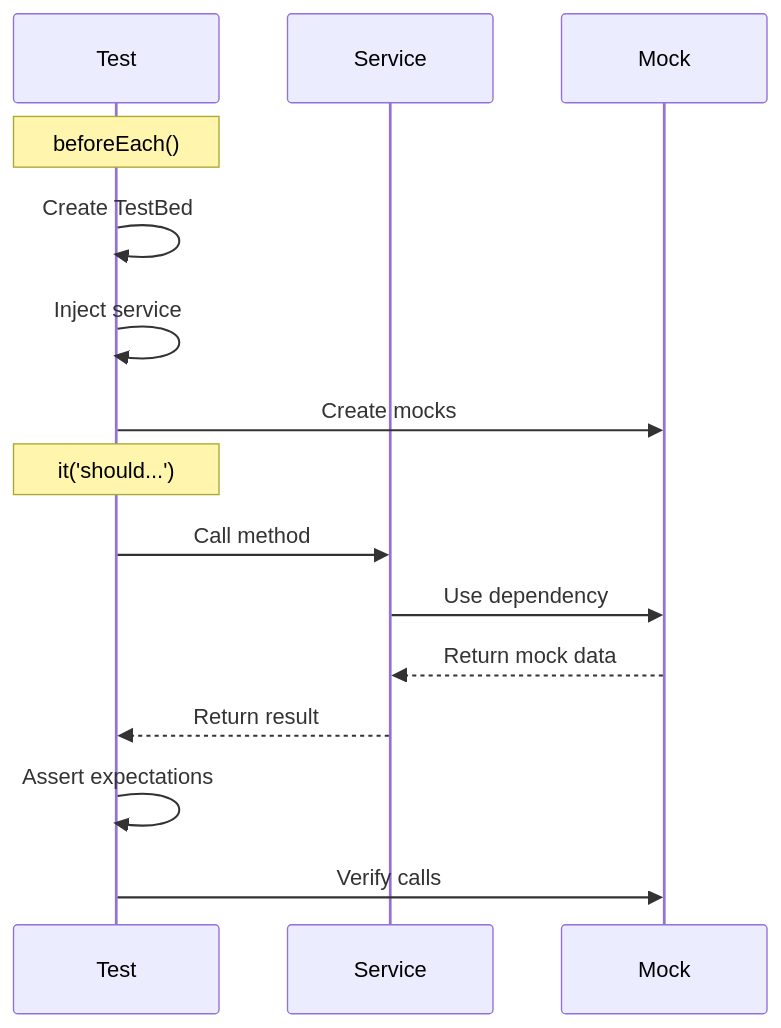
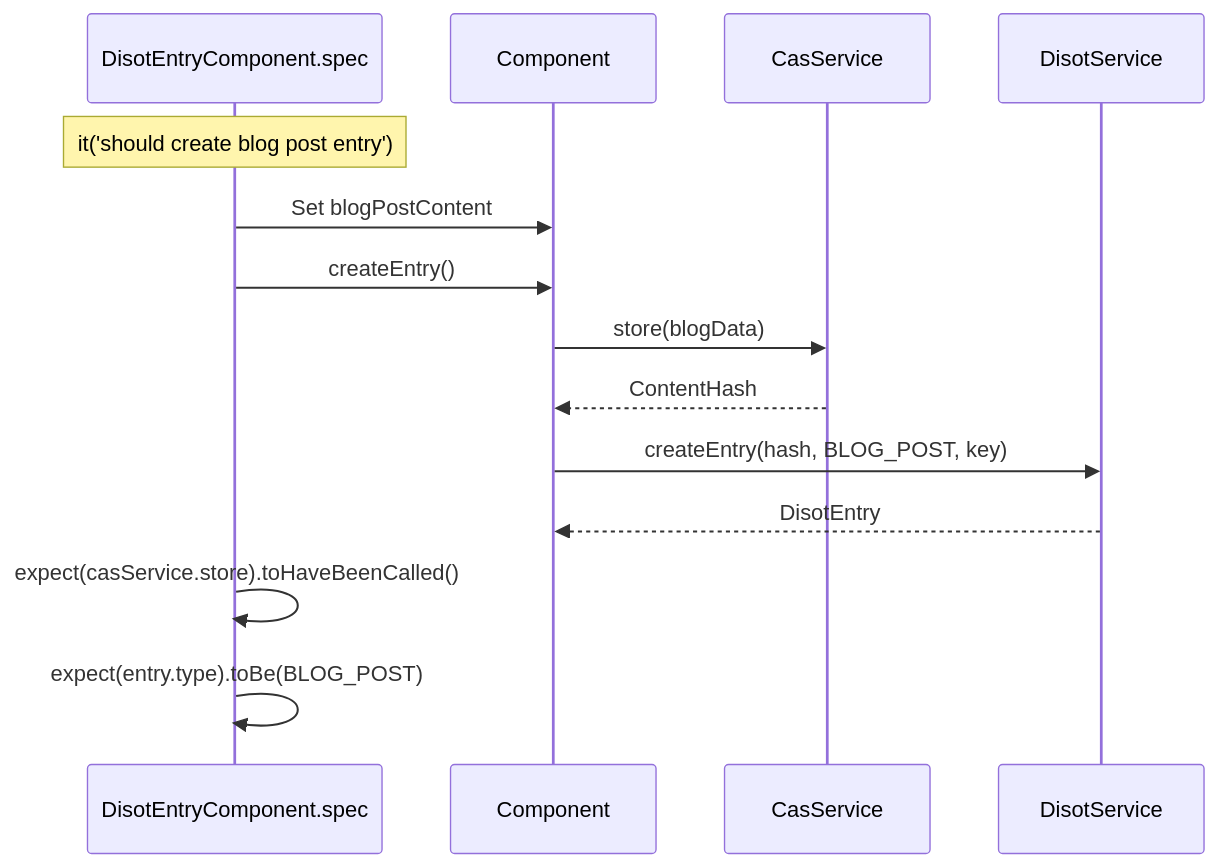
One commit to o2alexanderfedin/angular-cas-disot changed diagram 11 of 13 in docs/architecture/service-architecture.md. Above: the diagram before and after it, drawn with Mermaid. The commit also changed other lines of this file and 18 other files, not shown here.

````diff
--- a/docs/architecture/service-architecture.md
+++ b/docs/architecture/service-architecture.md
@@ -369,20 +282,20 @@
 ```mermaid
 sequenceDiagram
-    participant Test
-    participant Service
-    participant Mock
+    participant Test as DisotEntryComponent.spec
+    participant Component
+    participant CasService
+    participant DisotService
     
-    Note over Test: beforeEach()
-    Test->>Test: Create TestBed
-    Test->>Test: Inject service
-    Test->>Mock: Create mocks
+    Note over Test: it('should create blog post entry')
+    Test->>Component: Set blogPostContent
+    Test->>Component: createEntry()
     
-    Note over Test: it('should...')
-    Test->>Service: Call method
-    Service->>Mock: Use dependency
-    Mock-->>Service: Return mock data
-    Service-->>Test: Return result
+    Component->>CasService: store(blogData)
+    CasService-->>Component: ContentHash
     
-    Test->>Test: Assert expectations
-    Test->>Mock: Verify calls
+    Component->>DisotService: createEntry(hash, BLOG_POST, key)
+    DisotService-->>Component: DisotEntry
+    
+    Test->>Test: expect(casService.store).toHaveBeenCalled()
+    Test->>Test: expect(entry.type).toBe(BLOG_POST)
 ```
````
